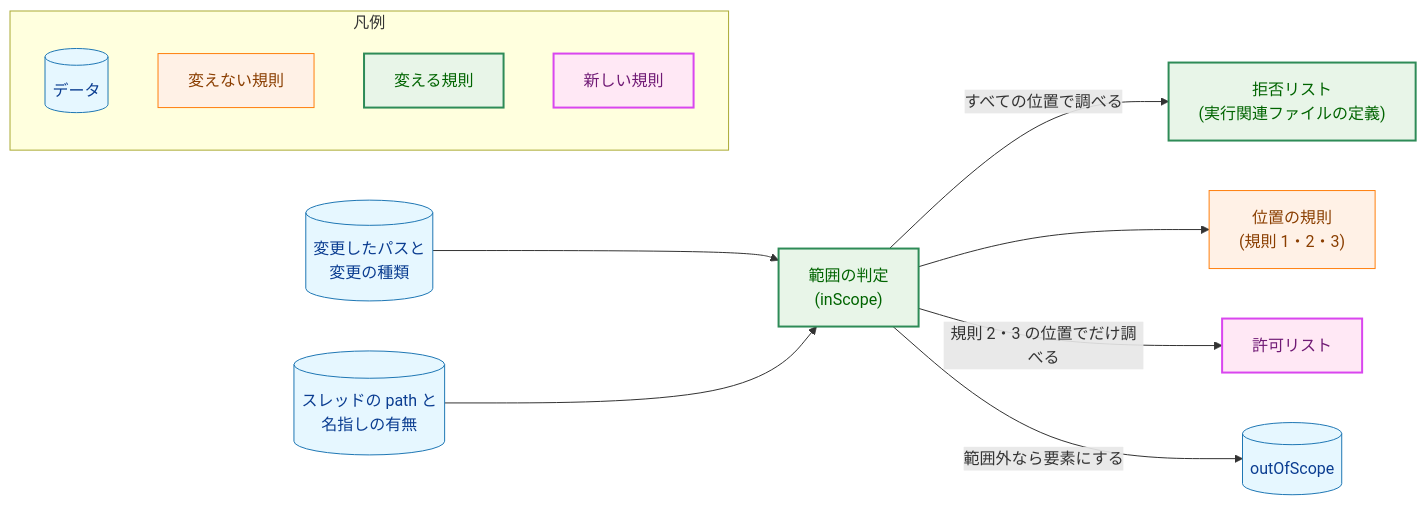
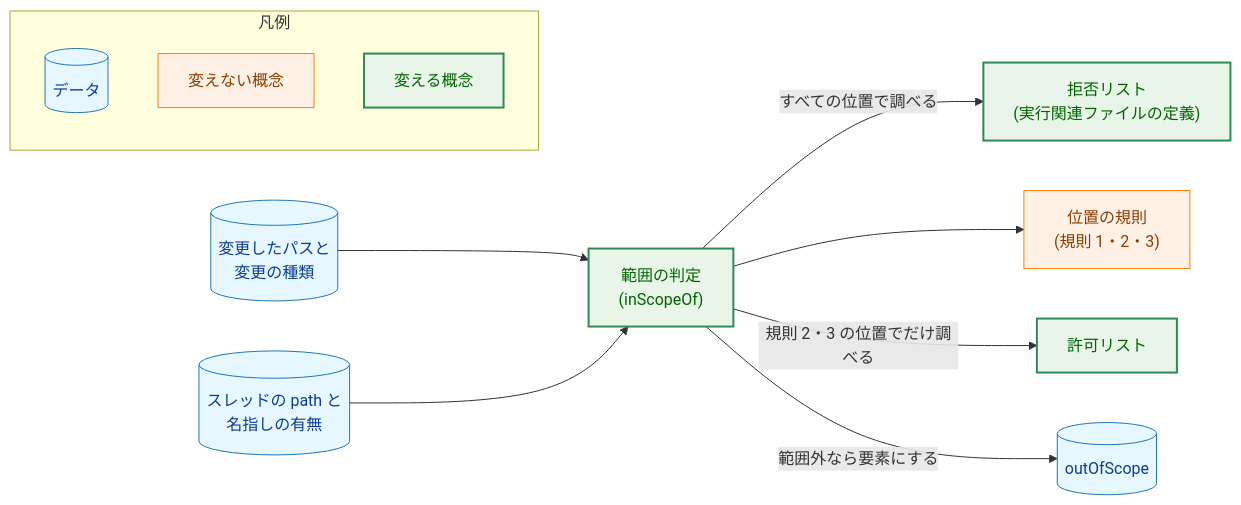
The first of 5 diagrams in docs/tasks/0036_fixprguard_exec_file_scope/02_architecture.md (isseis/yt2column), drawn with Mermaid before and after one commit. The commit also changed other lines of this file, not shown here.

First line of the commit message:
docs(0036): address the architecture review and Japanese prose findings

````diff
--- a/docs/tasks/0036_fixprguard_exec_file_scope/02_architecture.md
+++ b/docs/tasks/0036_fixprguard_exec_file_scope/02_architecture.md
@@ -64,38 +67,34 @@
 ```mermaid
 flowchart LR
     classDef data fill:#e6f7ff,stroke:#1f77b4,stroke-width:1px,color:#0b3d91;
     classDef process fill:#fff1e6,stroke:#ff7f0e,stroke-width:1px,color:#8a3e00;
     classDef enhanced fill:#e8f5e8,stroke:#2e8b57,stroke-width:2px,color:#006400;
-    classDef newpkg fill:#ffe8f5,stroke:#d946ef,stroke-width:2px,color:#701a75;
 
     CH[("変更したパスと<br>変更の種類")]
     TP[("スレッドの path と<br>名指しの有無")]
-    J["範囲の判定<br>(inScope)"]
+    J["範囲の判定<br>(inScopeOf)"]
     DENY["拒否リスト<br>(実行関連ファイルの定義)"]
     ALLOW["許可リスト"]
     LOC["位置の規則<br>(規則 1・2・3)"]
     OUT[("outOfScope")]
 
     CH --> J
     TP --> J
     J -->|"すべての位置で調べる"| DENY
     J --> LOC
     J -->|"規則 2・3 の位置でだけ調べる"| ALLOW
     J -->|"範囲外なら要素にする"| OUT
 
     class CH,TP,OUT data
     class LOC process
-    class J,DENY enhanced
-    class ALLOW newpkg
+    class J,DENY,ALLOW enhanced
 
     subgraph Legend["凡例"]
         LG1[("データ")]
-        LG2["変えない規則"]
-        LG3["変える規則"]
-        LG4["新しい規則"]
+        LG2["変えない概念"]
+        LG3["変える概念"]
     end
     class LG1 data
     class LG2 process
     class LG3 enhanced
-    class LG4 newpkg
 ```
````
